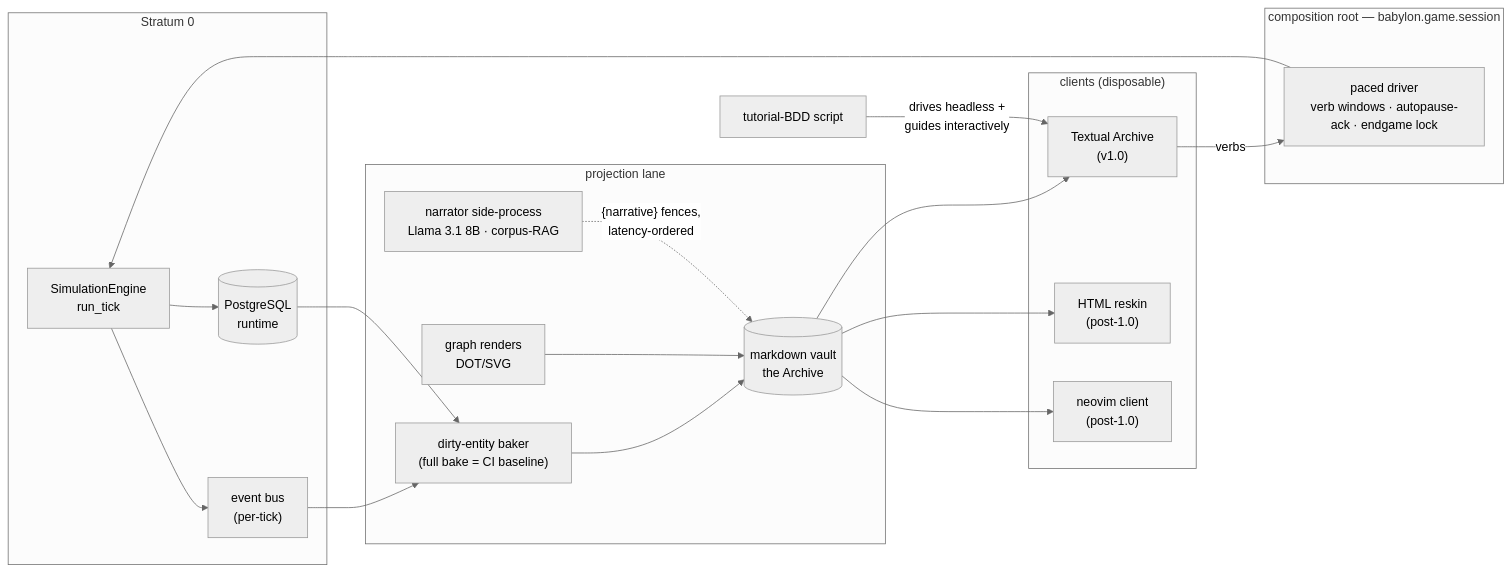
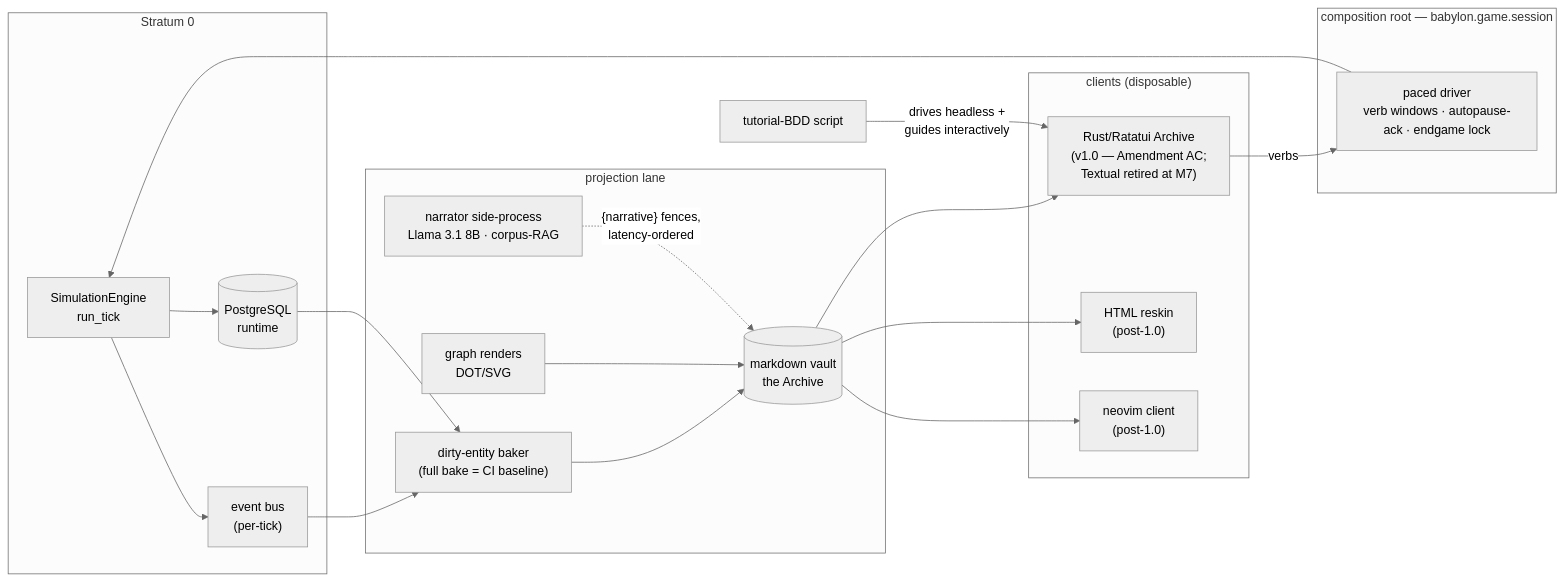
The second of 2 diagrams in NORTH_STAR.md (percy-raskova/babylon), drawn with Mermaid (neutral theme) before and after one commit. The commit also changed 164 other files, not shown here.

First line of the commit message:
test(cutover)!: retire Textual Archive lane — the Rust client IS babylon play

````diff
--- a/NORTH_STAR.md
+++ b/NORTH_STAR.md
@@ -141,26 +141,26 @@
 ```mermaid
 flowchart LR
     subgraph WORLD["Stratum 0"]
         E["SimulationEngine<br/>run_tick"] --> PG[("PostgreSQL<br/>runtime")]
         E --> BUS["event bus<br/>(per-tick)"]
     end
     subgraph ROOT["composition root — babylon.game.session"]
         DRV["paced driver<br/>verb windows · autopause-ack · endgame lock"]
     end
     subgraph PROJ["projection lane"]
         BAKE["dirty-entity baker<br/>(full bake = CI baseline)"] --> VAULT[("markdown vault<br/>the Archive")]
         REND["graph renders<br/>DOT/SVG"] --> VAULT
         NARR["narrator side-process<br/>Llama 3.1 8B · corpus-RAG"] -. "{narrative} fences,<br/>latency-ordered" .-> VAULT
     end
     subgraph CLIENT["clients (disposable)"]
-        TUI["Textual Archive<br/>(v1.0)"]
+        TUI["Rust/Ratatui Archive<br/>(v1.0 — Amendment AC;<br/>Textual retired at M7)"]
         HTML["HTML reskin<br/>(post-1.0)"]
         NVIM["neovim client<br/>(post-1.0)"]
     end
     DRV --> E
     BUS --> BAKE
     PG --> BAKE
     VAULT --> TUI & HTML & NVIM
     TUI -- "verbs" --> DRV
     TUT["tutorial-BDD script"] -- "drives headless +<br/>guides interactively" --> TUI
 ```
````
